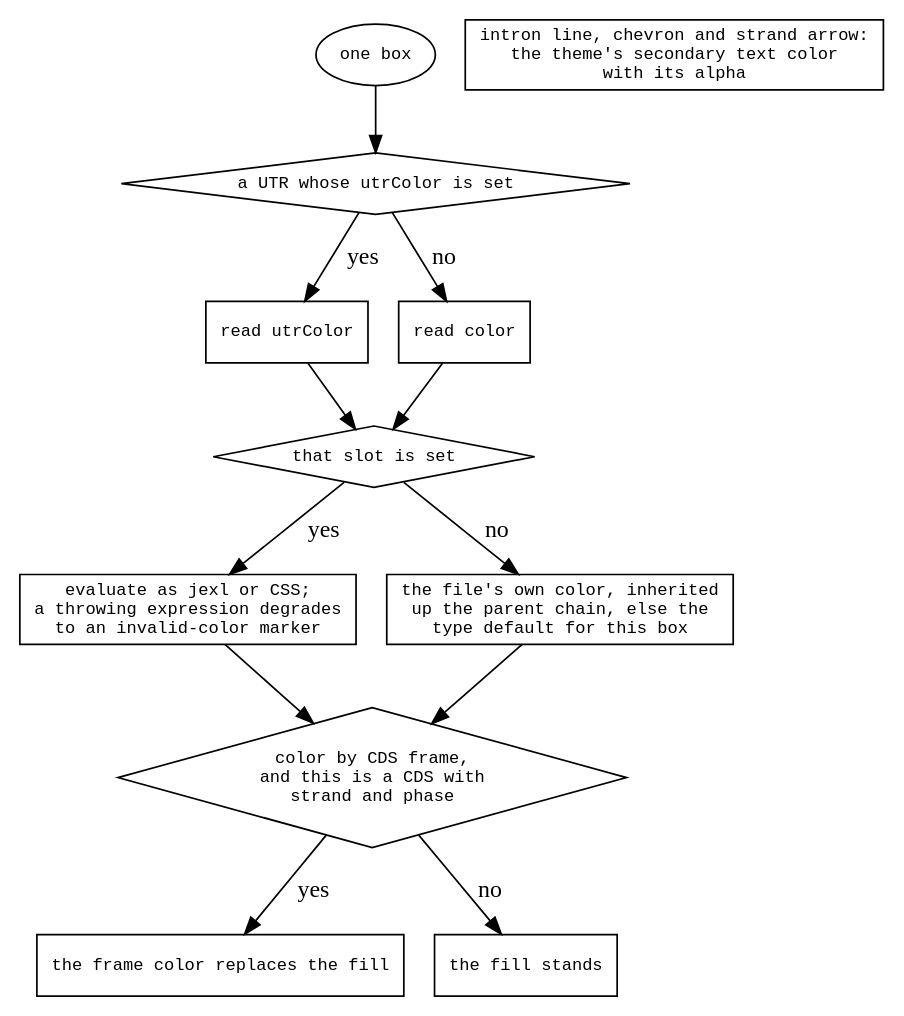
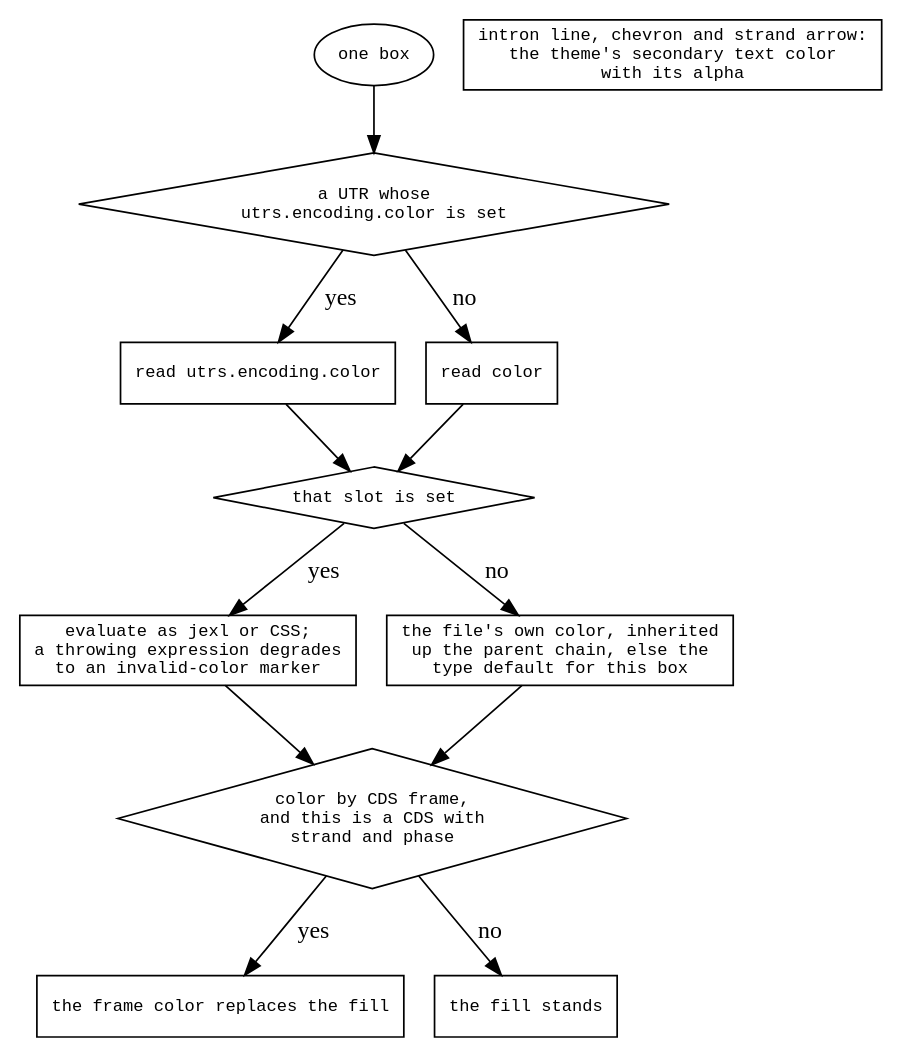
The diagram in agent-docs/reference/diagrams/feature-color.dot (GMOD/jbrowse-components), drawn with Graphviz before and after one commit. The commit also changed 29 other files, not shown here.

First line of the commit message:
Both gene glyphs' UTR fill is utrs.encoding.color, unset following the fill

```diff
--- a/agent-docs/reference/diagrams/feature-color.dot
+++ b/agent-docs/reference/diagrams/feature-color.dot
@@ -1,29 +1,29 @@
 digraph feature_color {
   rankdir=TB
   node [shape=box fontname=monospace fontsize=10]
   { node [shape=diamond] utr; set; frame }
 
   b [label="one box", shape=oval]
   b -> utr
-  utr [label="a UTR whose utrColor is set"]
+  utr [label="a UTR whose\nutrs.encoding.color is set"]
   utr -> readutr [label=" yes"]
   utr -> readcol [label=" no"]
-  readutr [label="read utrColor"]
+  readutr [label="read utrs.encoding.color"]
   readcol [label="read color"]
 
   readutr -> set  readcol -> set
   set [label="that slot is set"]
   set -> expr [label=" yes"]
   set -> file [label=" no"]
   expr [label="evaluate as jexl or CSS;\na throwing expression degrades\nto an invalid-color marker"]
   file [label="the file's own color, inherited\nup the parent chain, else the\ntype default for this box"]
 
   expr -> frame  file -> frame
   frame [label="color by CDS frame,\nand this is a CDS with\nstrand and phase"]
   frame -> framecol [label=" yes"]
   frame -> keep     [label=" no"]
   framecol [label="the frame color replaces the fill"]
   keep     [label="the fill stands"]
 
   stroke [label="intron line, chevron and strand arrow:\nthe theme's secondary text color\nwith its alpha"]
 }
```
